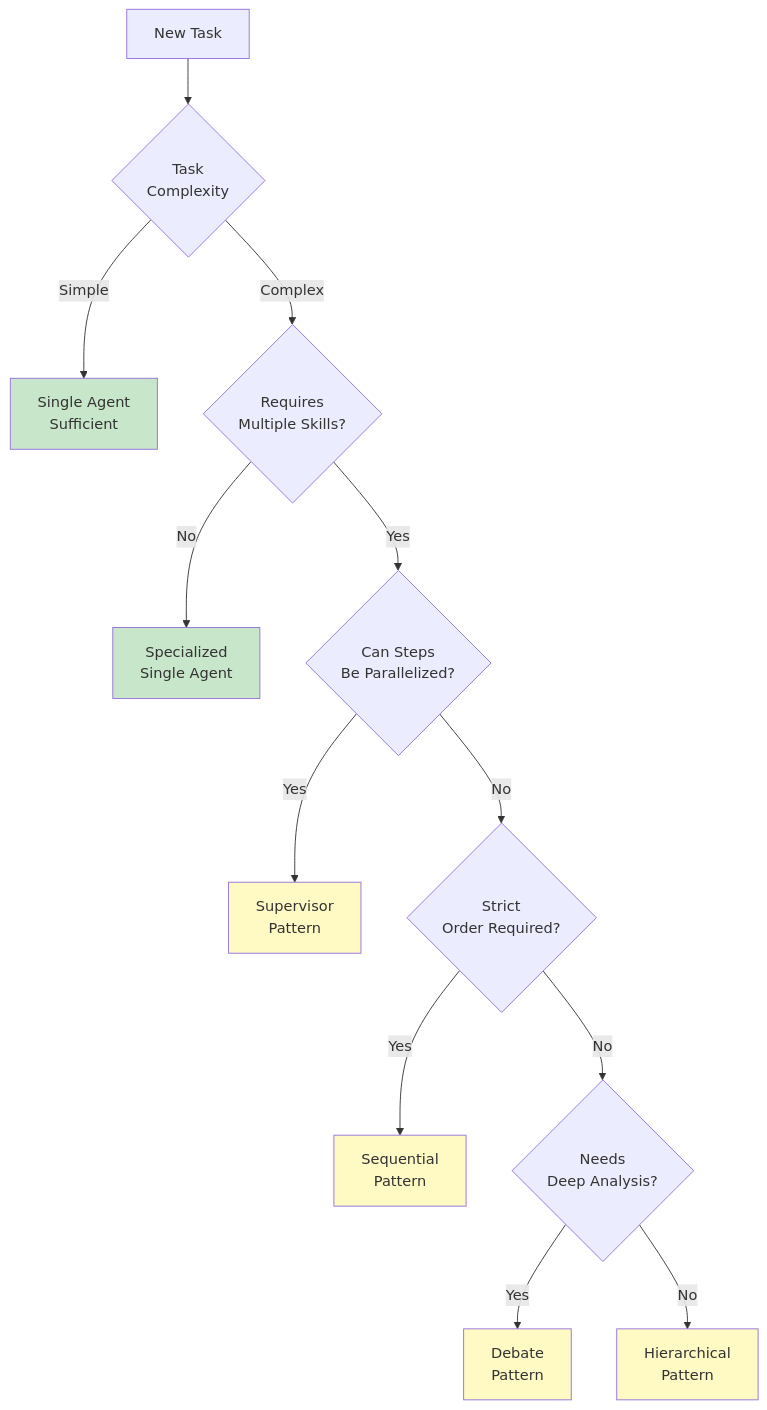
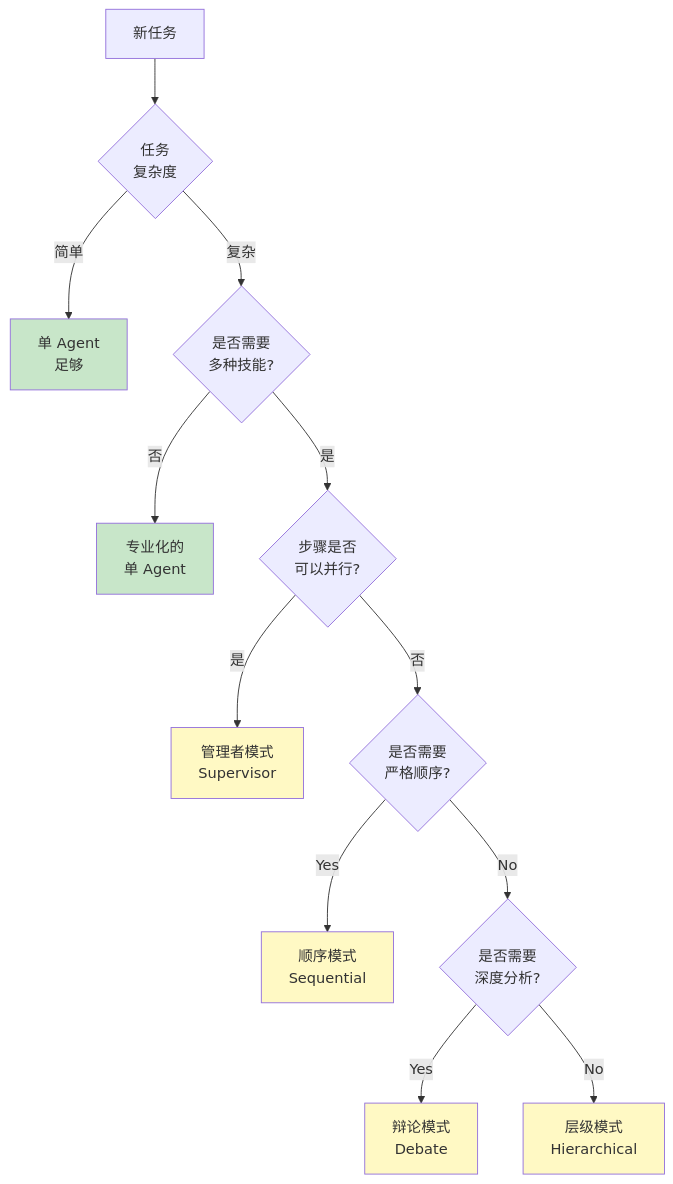
One commit to YiWang24/AiDIY changed the tenth of 20 diagrams in i18n/zh-Hans/docusaurus-plugin-content-docs/current/ai/agents/design-patterns.mdx. Above: the diagram before and after it, drawn with Mermaid. The commit also changed other lines of this file and 59 other files, not shown here.

````diff
--- a/i18n/zh-Hans/docusaurus-plugin-content-docs/current/ai/agents/design-patterns.mdx
+++ b/i18n/zh-Hans/docusaurus-plugin-content-docs/current/ai/agents/design-patterns.mdx
@@ -385,25 +385,25 @@
 ```mermaid
 flowchart TD
-    A[New Task] --> B{Task<br/>Complexity}
-    B -->|Simple| C[Single Agent<br/>Sufficient]
-    B -->|Complex| D{Requires<br/>Multiple Skills?}
+    A[新任务] --> B{任务<br/>复杂度}
+    B -->|简单| C[单 Agent<br/>足够]
+    B -->|复杂| D{是否需要<br/>多种技能?}
 
-    D -->|No| E[Specialized<br/>Single Agent]
-    D -->|Yes| F{Can Steps<br/>Be Parallelized?}
+    D -->|否| E[专业化的<br/>单 Agent]
+    D -->|是| F{步骤是否<br/>可以并行?}
 
-    F -->|Yes| G[Supervisor<br/>Pattern]
-    F -->|No| H{Strict<br/>Order Required?}
+    F -->|是| G[管理者模式<br/>Supervisor]
+    F -->|否| H{是否需要<br/>严格顺序?}
 
-    H -->|Yes| I[Sequential<br/>Pattern]
-    H -->|No| J{Needs<br/>Deep Analysis?}
+    H -->|Yes| I[顺序模式<br/>Sequential]
+    H -->|No| J{是否需要<br/>深度分析?}
 
-    J -->|Yes| K[Debate<br/>Pattern]
-    J -->|No| L[Hierarchical<br/>Pattern]
+    J -->|Yes| K[辩论模式<br/>Debate]
+    J -->|No| L[层级模式<br/>Hierarchical]
 
     style C fill:#c8e6c9
     style E fill:#c8e6c9
     style G fill:#fff9c4
     style I fill:#fff9c4
     style K fill:#fff9c4
     style L fill:#fff9c4
 ```
````
